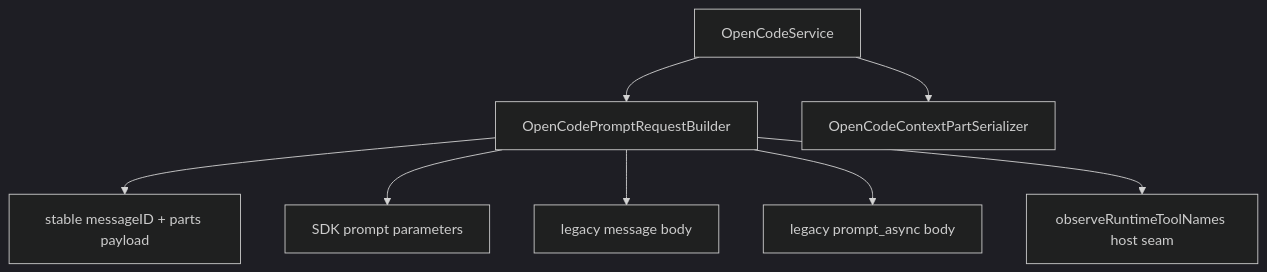
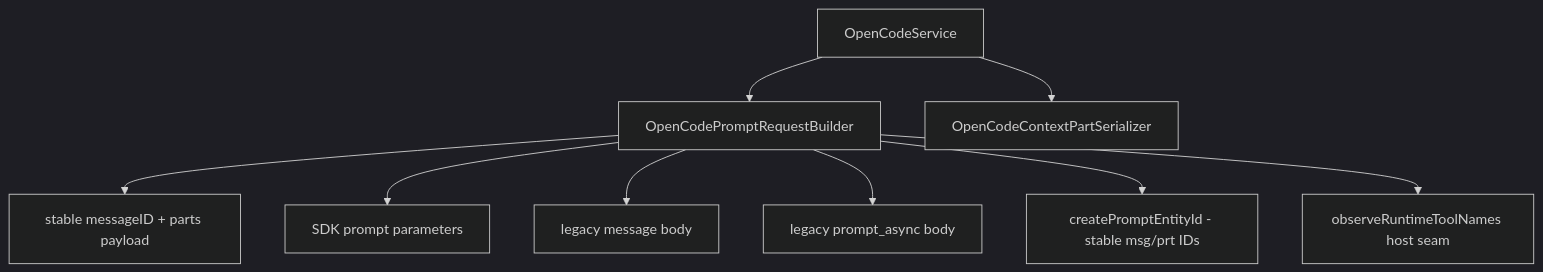
One commit to OCDcreator/opencodian changed the diagram in docs/modules/core/opencode/OpenCodePromptRequestBuilder.md. Above: the diagram before and after it, drawn with Mermaid (dark theme). The commit also changed other lines of this file and 6 other files, not shown here.

Commit message:
refactor: improve maintainability of prompt entity ID generation ownership

````diff
--- a/docs/modules/core/opencode/OpenCodePromptRequestBuilder.md
+++ b/docs/modules/core/opencode/OpenCodePromptRequestBuilder.md
@@ -84,10 +85,11 @@
 ```mermaid
 graph TD
     A[OpenCodeService] --> B[OpenCodePromptRequestBuilder]
     A --> C[OpenCodeContextPartSerializer]
     B --> D[stable messageID + parts payload]
     B --> E[SDK prompt parameters]
     B --> F[legacy message body]
     B --> G[legacy prompt_async body]
-    B --> H[observeRuntimeToolNames host seam]
+    B --> H[createPromptEntityId - stable msg/prt IDs]
+    B --> I[observeRuntimeToolNames host seam]
 ```
````
